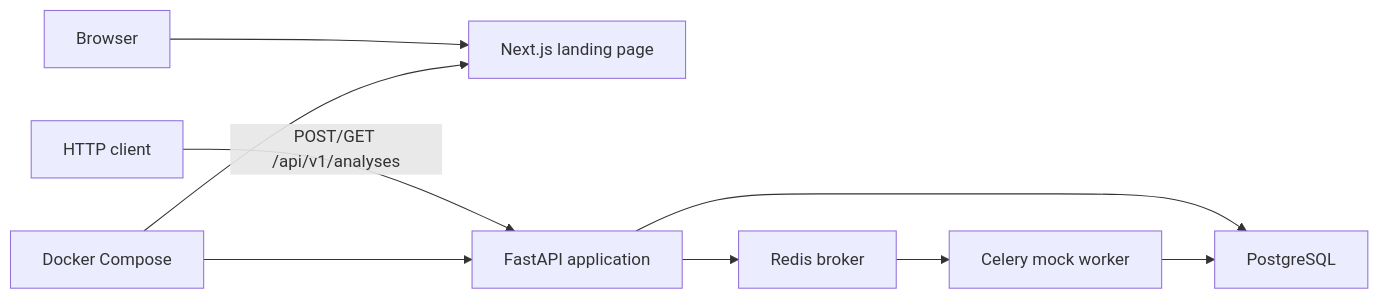
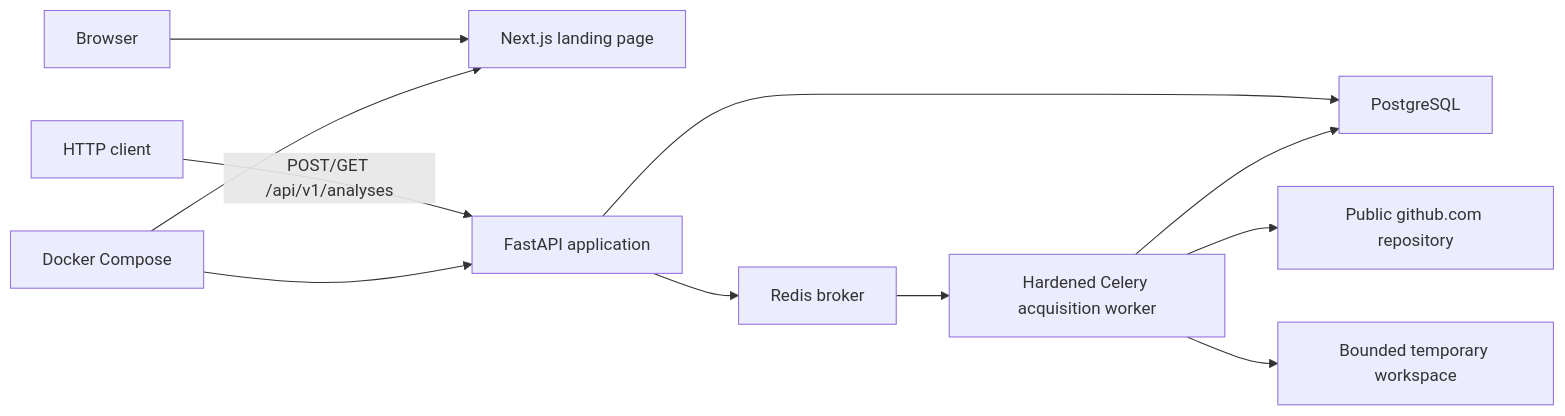
The first of 3 diagrams in docs/architecture.md (vedatbulucular/repolens), drawn with Mermaid before and after one commit. The commit also changed other lines of this file and 12 other files, not shown here.

````diff
--- a/docs/architecture.md
+++ b/docs/architecture.md
@@ -26,11 +26,13 @@
 ```mermaid
 flowchart LR
     B["Browser"] --> W["Next.js landing page"]
     C["HTTP client"] -->|"POST/GET /api/v1/analyses"| A["FastAPI application"]
     D["Docker Compose"] --> W
     D --> A
     A --> P["PostgreSQL"]
     A --> R["Redis broker"]
-    R --> K["Celery mock worker"]
+    R --> K["Hardened Celery acquisition worker"]
     K --> P
+    K --> G["Public github.com repository"]
+    K --> T["Bounded temporary workspace"]
 ```
````
